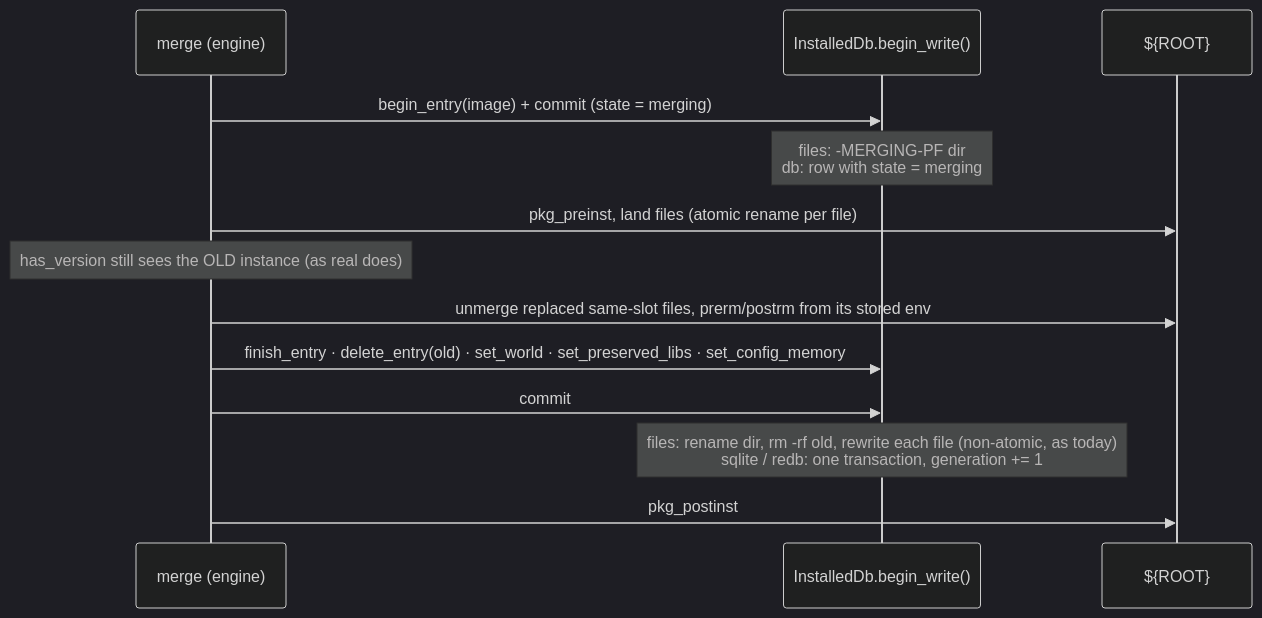
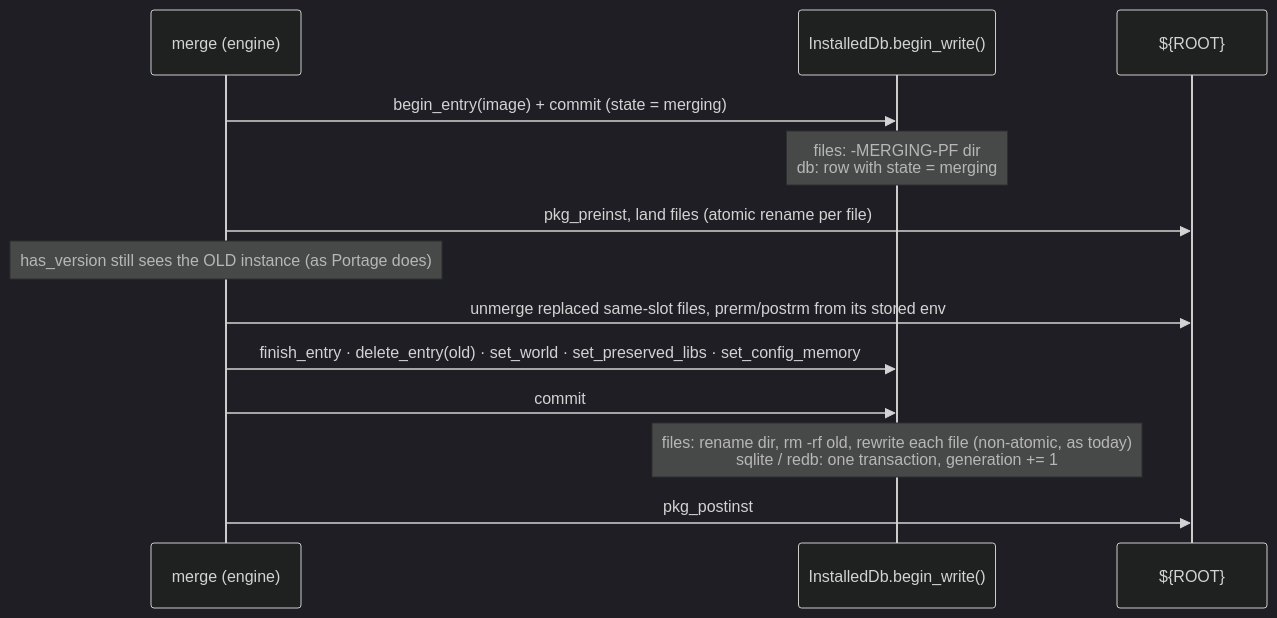
One commit to vivo75/portuale changed the sixth of 11 diagrams in docs/vdb_to_db.md. Above: the diagram before and after it, drawn with Mermaid (dark theme). The commit also changed other lines of this file and 32 other files, not shown here.

````diff
--- a/docs/vdb_to_db.md
+++ b/docs/vdb_to_db.md
@@ -426,15 +426,15 @@
 ```mermaid
 sequenceDiagram
   participant M as merge (engine)
   participant B as InstalledDb.begin_write()
   participant FS as ${ROOT}
   M->>B: begin_entry(image) + commit  (state = merging)
   Note over B: files: -MERGING-PF dir<br/>db: row with state = merging
   M->>FS: pkg_preinst, land files (atomic rename per file)
-  Note over M: has_version still sees the OLD instance (as real does)
+  Note over M: has_version still sees the OLD instance (as Portage does)
   M->>FS: unmerge replaced same-slot files, prerm/postrm from its stored env
   M->>B: finish_entry · delete_entry(old) · set_world · set_preserved_libs · set_config_memory
   M->>B: commit
   Note over B: files: rename dir, rm -rf old, rewrite each file (non-atomic, as today)<br/>sqlite / redb: one transaction, generation += 1
   M->>FS: pkg_postinst
 ```
````
